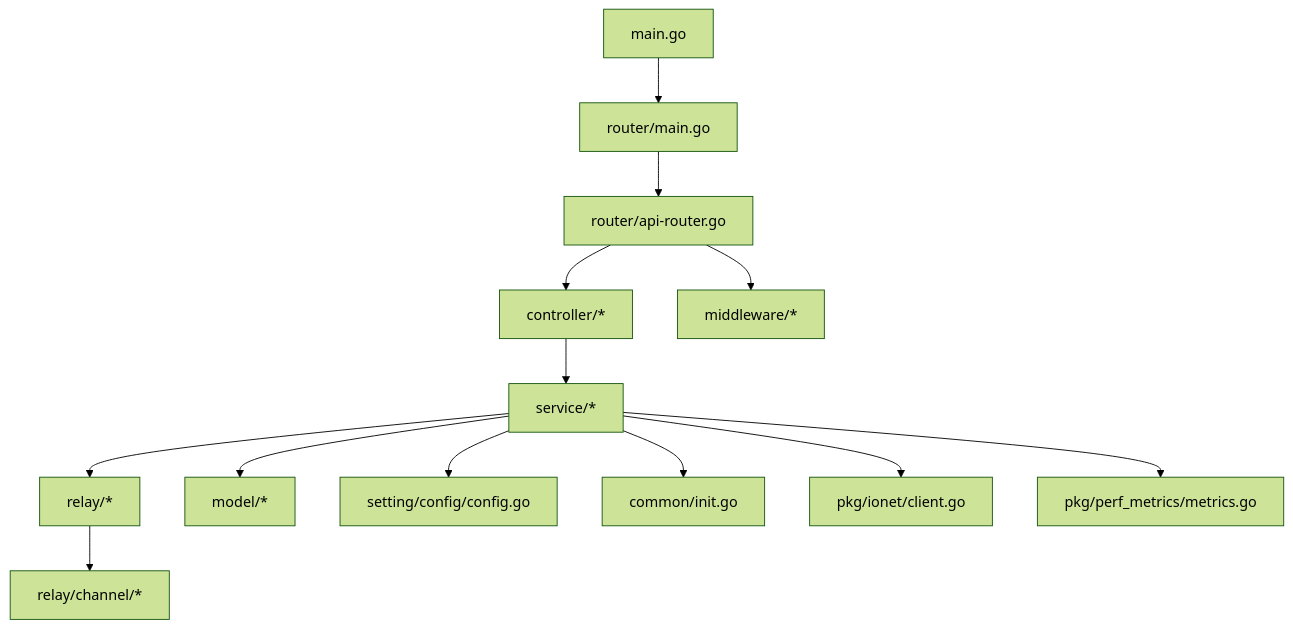
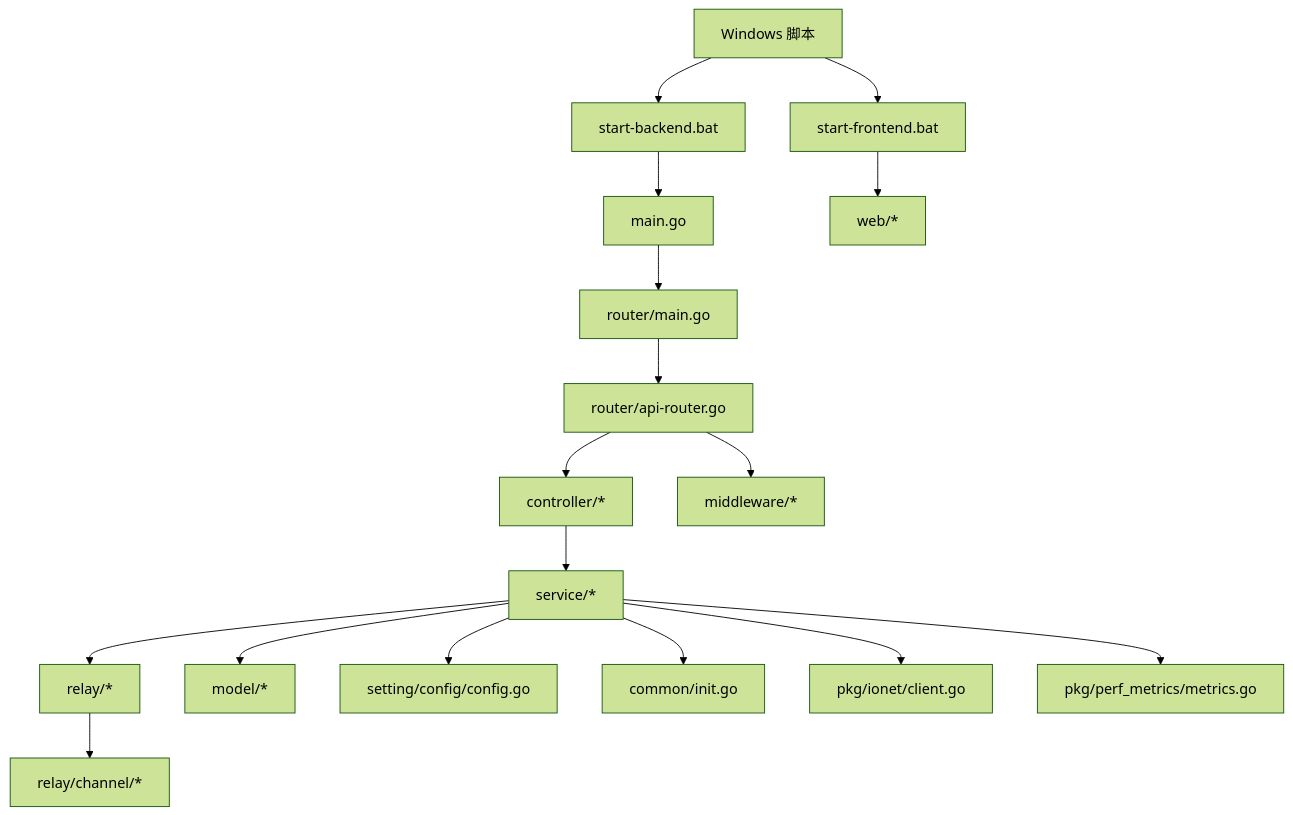
One commit to zhaodechao2008/new-api changed the first of 5 diagrams in .qoder/repowiki/zh/content/开发指南/开发指南.md. Above: the diagram before and after it, drawn with Mermaid (forest theme). The commit also changed other lines of this file and 274 other files, not shown here.

````diff
--- a/.qoder/repowiki/zh/content/开发指南/开发指南.md
+++ b/.qoder/repowiki/zh/content/开发指南/开发指南.md
@@ -112,15 +124,19 @@
 ```mermaid
 graph TB
 A["main.go"] --> B["router/main.go"]
 B --> C["router/api-router.go"]
 C --> D["controller/*"]
 D --> E["service/*"]
 E --> F["relay/*"]
 F --> G["relay/channel/*"]
 E --> H["model/*"]
 E --> I["setting/config/config.go"]
 E --> J["common/init.go"]
 E --> K["pkg/ionet/client.go"]
 E --> L["pkg/perf_metrics/metrics.go"]
 C --> M["middleware/*"]
+N["Windows 脚本"] --> O["start-backend.bat"]
+N --> P["start-frontend.bat"]
+O --> A
+P --> Q["web/*"]
 ```
````
